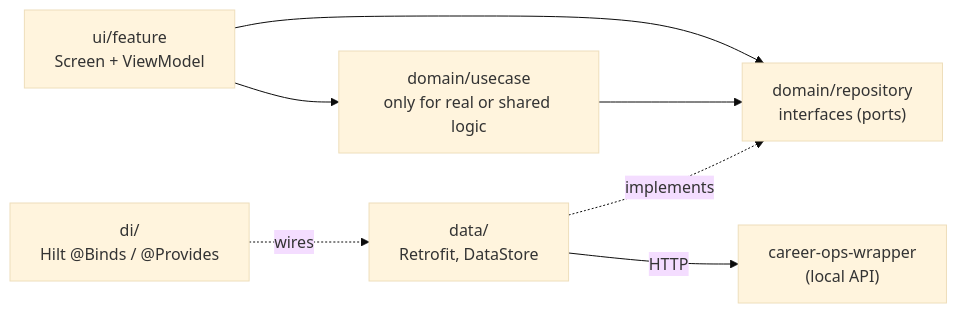
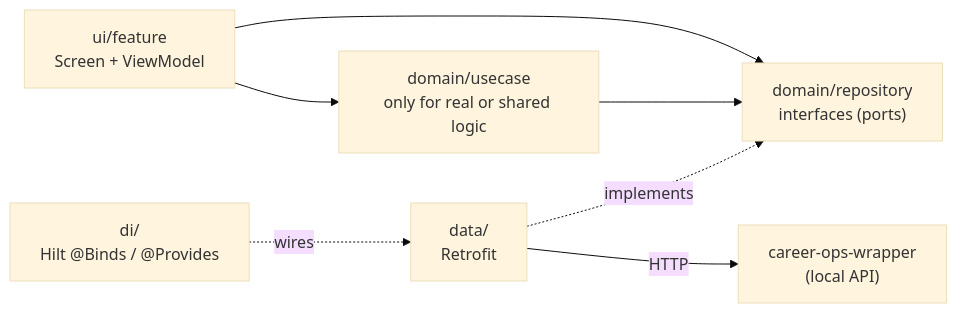
Before and after one commit to dthuy62/jobflow: the first of 4 diagrams in android/docs/system-architecture.md, drawn with Mermaid (base theme). The commit also changed other lines of this file and 23 other files, not shown here.

````diff
--- a/android/docs/system-architecture.md
+++ b/android/docs/system-architecture.md
@@ -5,9 +5,9 @@
 ```mermaid
 flowchart LR
     UI["ui/feature<br/>Screen + ViewModel"] --> UC["domain/usecase<br/>only for real or shared logic"]
     UI --> PORTS
     UC --> PORTS["domain/repository<br/>interfaces (ports)"]
-    DATA["data/<br/>Retrofit, DataStore"] -. implements .-> PORTS
+    DATA["data/<br/>Retrofit"] -. implements .-> PORTS
     DI["di/<br/>Hilt @Binds / @Provides"] -. wires .-> DATA
     DATA -- HTTP --> WRAPPER["career-ops-wrapper<br/>(local API)"]
 ```
````
